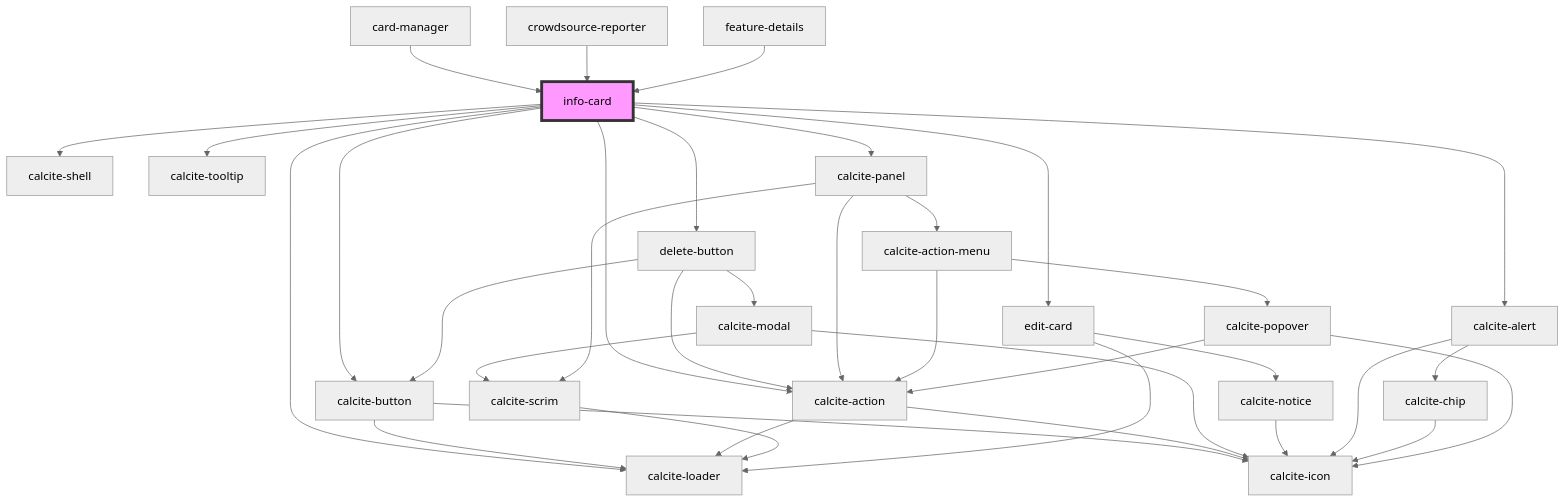
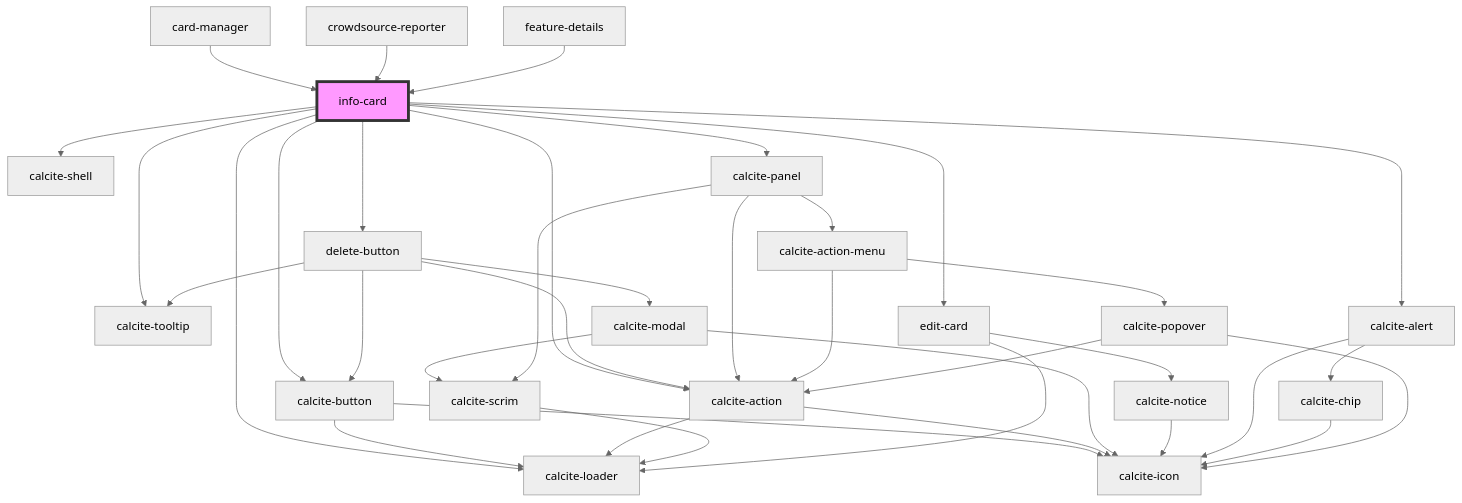
One commit to Esri/solutions-components changed the diagram in src/components/info-card/readme.md. Above: the diagram before and after it, drawn with Mermaid (neutral theme). The commit also changed 20 other files, not shown here.

````diff
--- a/src/components/info-card/readme.md
+++ b/src/components/info-card/readme.md
@@ -121,39 +121,40 @@
 ```mermaid
 graph TD;
   info-card --> calcite-shell
   info-card --> calcite-loader
   info-card --> calcite-button
   info-card --> delete-button
   info-card --> calcite-tooltip
   info-card --> calcite-action
   info-card --> edit-card
   info-card --> calcite-alert
   info-card --> calcite-panel
   calcite-button --> calcite-loader
   calcite-button --> calcite-icon
   delete-button --> calcite-button
   delete-button --> calcite-action
+  delete-button --> calcite-tooltip
   delete-button --> calcite-modal
   calcite-action --> calcite-loader
   calcite-action --> calcite-icon
   calcite-modal --> calcite-scrim
   calcite-modal --> calcite-icon
   calcite-scrim --> calcite-loader
   edit-card --> calcite-notice
   edit-card --> calcite-loader
   calcite-notice --> calcite-icon
   calcite-alert --> calcite-icon
   calcite-alert --> calcite-chip
   calcite-chip --> calcite-icon
   calcite-panel --> calcite-action
   calcite-panel --> calcite-action-menu
   calcite-panel --> calcite-scrim
   calcite-action-menu --> calcite-action
   calcite-action-menu --> calcite-popover
   calcite-popover --> calcite-action
   calcite-popover --> calcite-icon
   card-manager --> info-card
   crowdsource-reporter --> info-card
   feature-details --> info-card
   style info-card fill:#f9f,stroke:#333,stroke-width:4px
 ```
````
